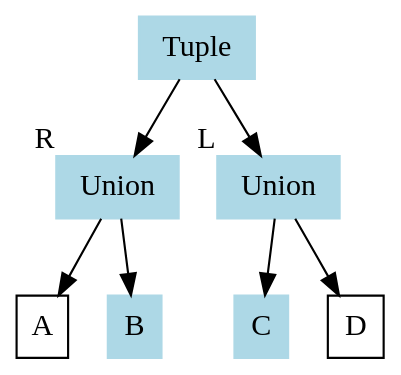
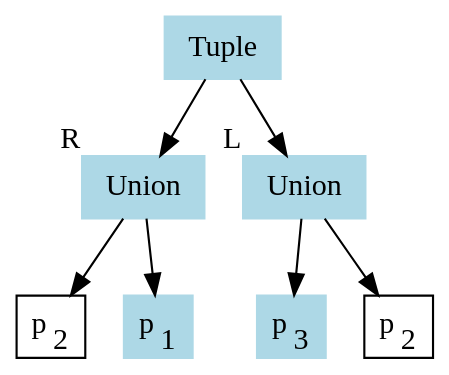
The diagram in figures/transex3.dot (BenChung/SubtypingCorrectness), drawn with Graphviz before and after one commit. The commit also changed 2 other files, not shown here.

```diff
--- a/figures/transex3.dot
+++ b/figures/transex3.dot
@@ -1,18 +1,18 @@
 digraph G {
     margin=0;bgcolor="transparent";
   node [shape=box, margin=0.1, width=0, height=0];
   tuple [label="Tuple",color=lightblue,style=filled]
   union1 [label="Union", xlabel="R",color=lightblue,style=filled]
   union2 [label="Union", xlabel="L",color=lightblue,style=filled]
-  A [label="A"]
-  B [label="B",color=lightblue,style=filled]
-  C [label="C",color=lightblue,style=filled]
-  D [label="D"]
+  A [label=<p<SUB>2</SUB>>]
+  B [label=<p<SUB>1</SUB>>,color=lightblue,style=filled]
+  C [label=<p<SUB>3</SUB>>,color=lightblue,style=filled]
+  D [label=<p<SUB>2</SUB>>]
   tuple -> union1
   tuple -> union2
   union1 -> A
   union1 -> B
   union2 -> C
   union2 -> D
   {rank=same; union1 union2}
 }
```
